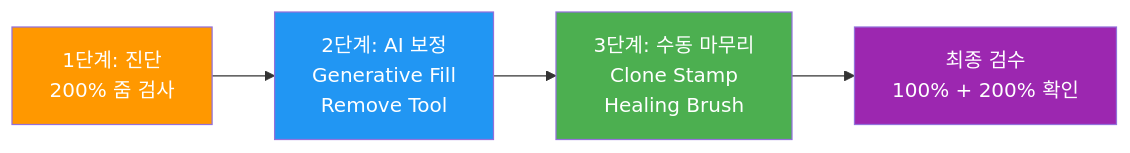
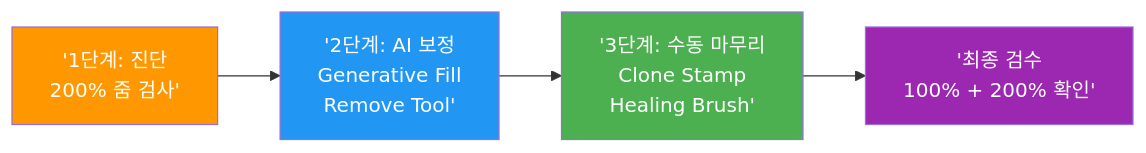
One commit to jsonpassion/forge-tutorial-promptcanvas changed the second of 3 diagrams in 09-ch9-adobe-photoshop-firefly-리터치-워크플로우/04-04-ai-생성-이미지-결함-보정-기법.md. Above: the diagram before and after it, drawn with Mermaid. The commit also changed other lines of this file and 63 other files, not shown here.

````diff
--- a/09-ch9-adobe-photoshop-firefly-리터치-워크플로우/04-04-ai-생성-이미지-결함-보정-기법.md
+++ b/09-ch9-adobe-photoshop-firefly-리터치-워크플로우/04-04-ai-생성-이미지-결함-보정-기법.md
@@ -70,11 +42,11 @@
 ```mermaid
 flowchart LR
-    A["1단계: 진단<br/>200% 줌 검사"] --> B["2단계: AI 보정<br/>Generative Fill<br/>Remove Tool"]
-    B --> C["3단계: 수동 마무리<br/>Clone Stamp<br/>Healing Brush"]
-    C --> D["최종 검수<br/>100% + 200% 확인"]
+    A['1단계: 진단<br/>200% 줌 검사'] --> B['2단계: AI 보정<br/>Generative Fill<br/>Remove Tool']
+    B --> C['3단계: 수동 마무리<br/>Clone Stamp<br/>Healing Brush']
+    C --> D['최종 검수<br/>100% + 200% 확인']
 
     style A fill:#FF9800,color:#fff
     style B fill:#2196F3,color:#fff
     style C fill:#4CAF50,color:#fff
     style D fill:#9C27B0,color:#fff
 ```
````
